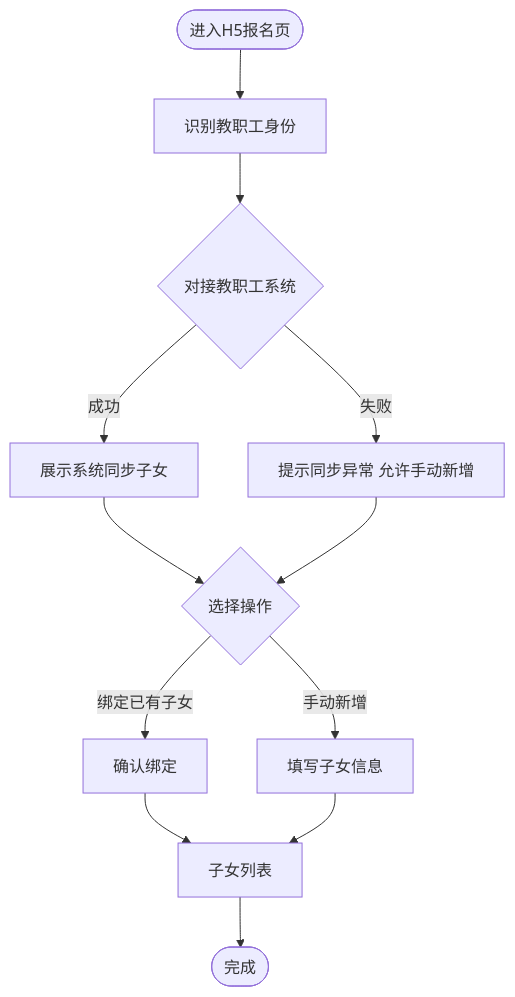
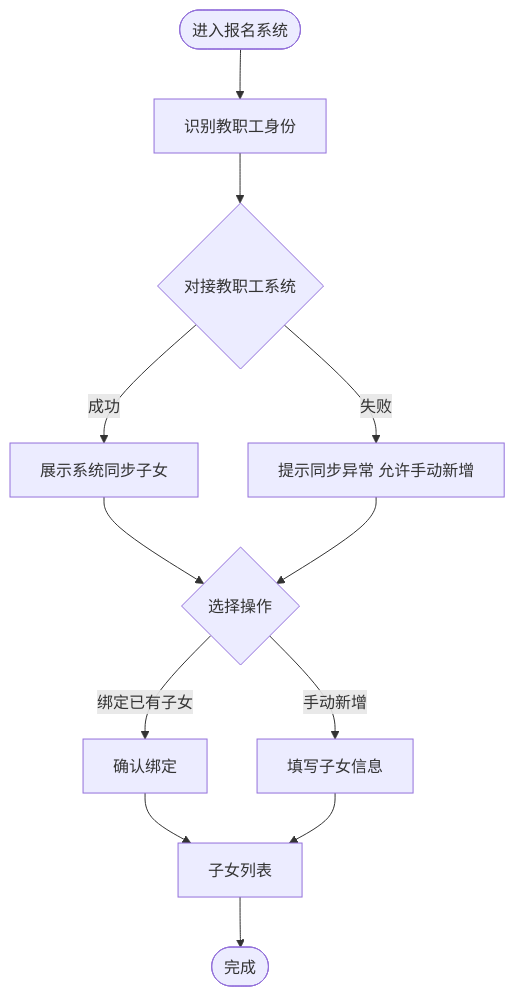
The third of 12 diagrams in SRS.md (wxiang188/kindergarten-registration), drawn with Mermaid before and after one commit. The commit also changed other lines of this file and 10 other files, not shown here.

````diff
--- a/SRS.md
+++ b/SRS.md
@@ -346,14 +349,14 @@
 ```mermaid
 flowchart TD
-    Start([进入H5报名页]) --> Auth[识别教职工身份]
+    Start([进入报名系统]) --> Auth[识别教职工身份]
     Auth --> Sync{对接教职工系统}
     Sync -->|成功| Show[展示系统同步子女]
     Sync -->|失败| Err[提示同步异常 允许手动新增]
     Show --> Choose{选择操作}
     Err --> Choose
     Choose -->|绑定已有子女| Bind[确认绑定]
     Choose -->|手动新增| Manual[填写子女信息]
     Bind --> List[子女列表]
     Manual --> List
     List --> End([完成])
 ```
````
